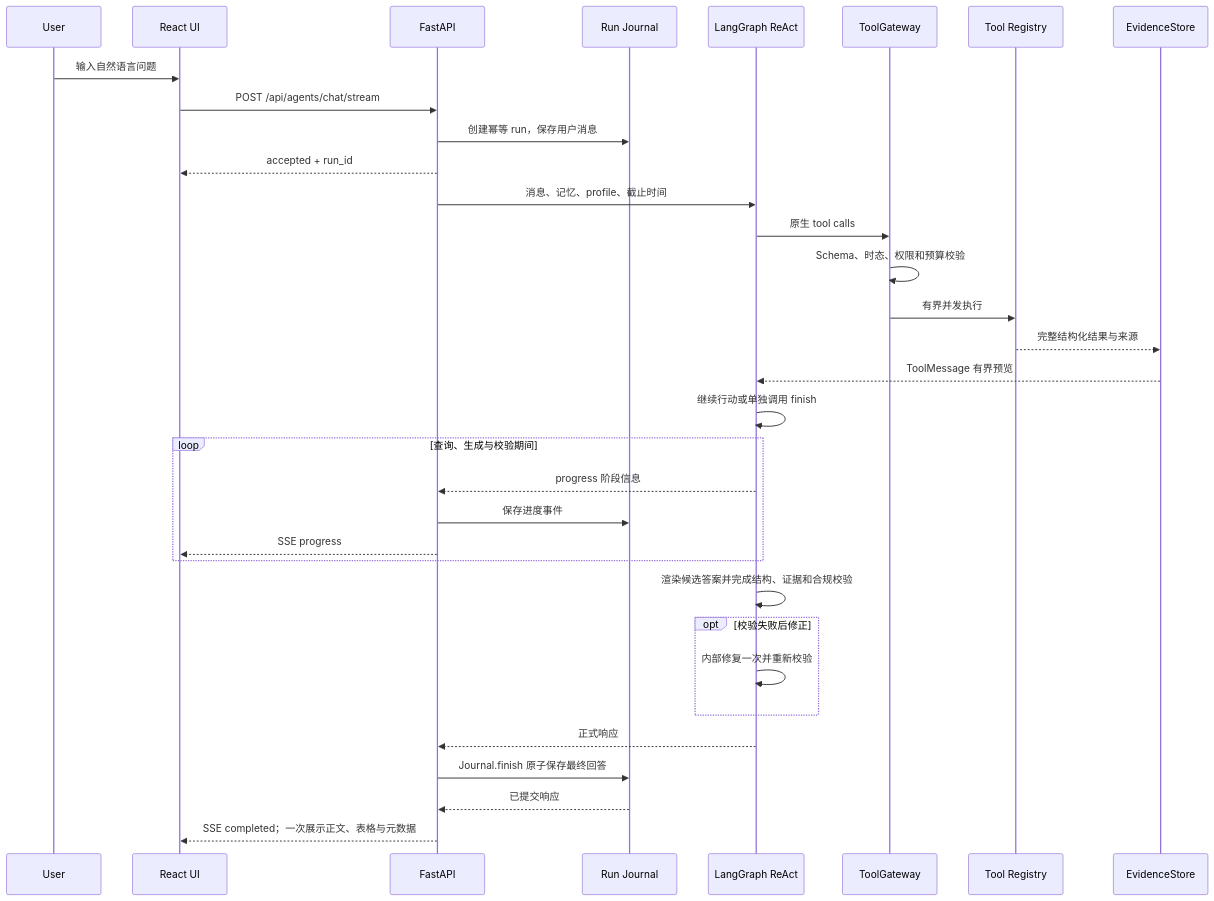
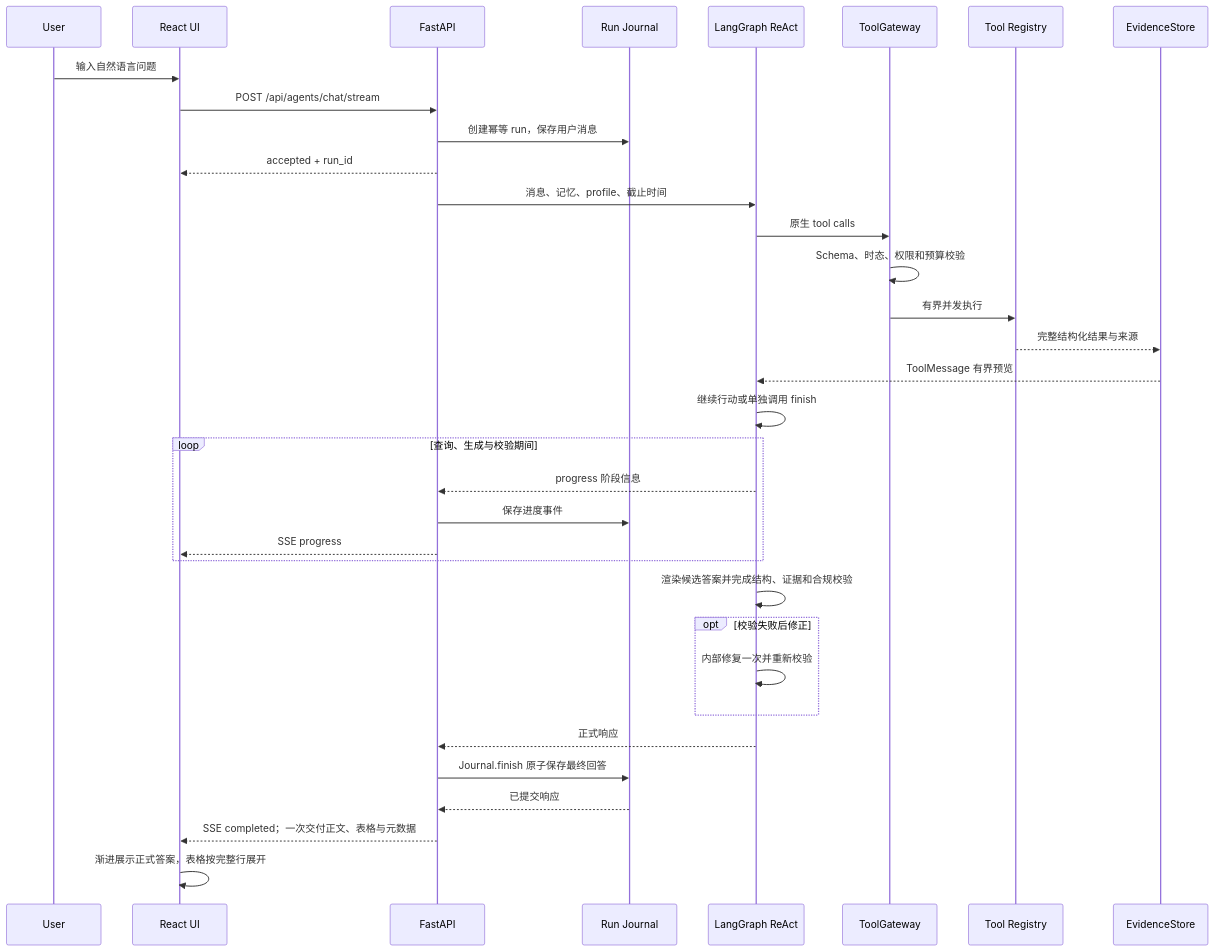
The second of 2 diagrams in README.md (bibofu/LimitUpLab), drawn with Mermaid before and after one commit. The commit also changed other lines of this file and 14 other files, not shown here.

````diff
--- a/README.md
+++ b/README.md
@@ -253,36 +253,37 @@
 ```mermaid
 sequenceDiagram
     participant User
     participant UI as React UI
     participant API as FastAPI
     participant Journal as Run Journal
     participant Graph as LangGraph ReAct
     participant Gateway as ToolGateway
     participant Tools as Tool Registry
     participant Evidence as EvidenceStore
 
     User->>UI: 输入自然语言问题
     UI->>API: POST /api/agents/chat/stream
     API->>Journal: 创建幂等 run，保存用户消息
     API-->>UI: accepted + run_id
     API->>Graph: 消息、记忆、profile、截止时间
     Graph->>Gateway: 原生 tool calls
     Gateway->>Gateway: Schema、时态、权限和预算校验
     Gateway->>Tools: 有界并发执行
     Tools-->>Evidence: 完整结构化结果与来源
     Evidence-->>Graph: ToolMessage 有界预览
     Graph->>Graph: 继续行动或单独调用 finish
     loop 查询、生成与校验期间
         Graph-->>API: progress 阶段信息
         API->>Journal: 保存进度事件
         API-->>UI: SSE progress
     end
     Graph->>Graph: 渲染候选答案并完成结构、证据和合规校验
     opt 校验失败后修正
         Graph->>Graph: 内部修复一次并重新校验
     end
     Graph-->>API: 正式响应
     API->>Journal: Journal.finish 原子保存最终回答
     Journal-->>API: 已提交响应
-    API-->>UI: SSE completed；一次展示正文、表格与元数据
+    API-->>UI: SSE completed；一次交付正文、表格与元数据
+    UI->>UI: 渐进展示正式答案，表格按完整行展开
 ```
````
